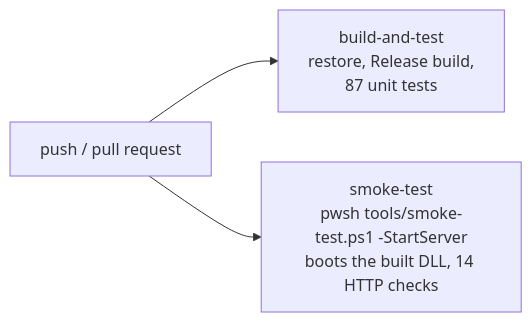
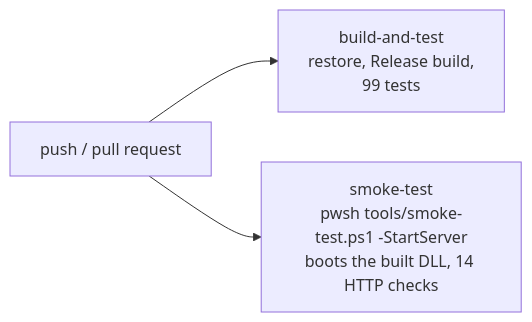
Before and after one commit to bgard68/Net10Sudoku: the diagram in docs/testing.md, drawn with Mermaid. The commit also changed other lines of this file and 12 other files, not shown here.

````diff
--- a/docs/testing.md
+++ b/docs/testing.md
@@ -115,5 +150,5 @@
 ```mermaid
 flowchart LR
-    Push["push / pull request"] --> A["build-and-test<br/>restore, Release build,<br/>87 unit tests"]
+    Push["push / pull request"] --> A["build-and-test<br/>restore, Release build,<br/>99 tests"]
     Push --> B["smoke-test<br/>pwsh tools/smoke-test.ps1 -StartServer<br/>boots the built DLL, 14 HTTP checks"]
 ```
````
